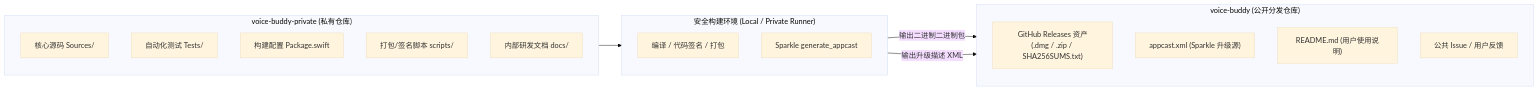
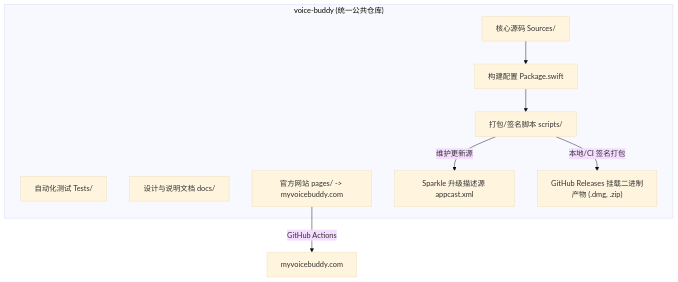
Before and after one commit to zfdang/voice-buddy: the diagram in docs/repository-governance.md, drawn with Mermaid (base theme). The commit also changed other lines of this file and 23 other files, not shown here.

Commit message:
feat(repo): integrate public repo content, landing pages, appcast, and public documentation

````diff
--- a/docs/repository-governance.md
+++ b/docs/repository-governance.md
@@ -13,28 +13,19 @@
 ```mermaid
-flowchart LR
-    subgraph PrivateRepo["voice-buddy-private (私有仓库)"]
-        direction TB
+flowchart TD
+    subgraph Repo["voice-buddy (统一公共仓库)"]
         Code["核心源码 Sources/"]
         Tests["自动化测试 Tests/"]
         BuildConf["构建配置 Package.swift"]
         Scripts["打包/签名脚本 scripts/"]
-        DocsDev["内部研发文档 docs/"]
+        Docs["设计与说明文档 docs/"]
+        Pages["官方网站 pages/ -> myvoicebuddy.com"]
+        Appcast["Sparkle 升级描述源 appcast.xml"]
+        Releases["GitHub Releases 挂载二进制产物 (.dmg, .zip)"]
     end
 
-    subgraph CI["安全构建环境 (Local / Private Runner)"]
-        Build["编译 / 代码签名 / 打包"]
-        GenAppcast["Sparkle generate_appcast"]
-    end
-
-    subgraph PublicRepo["voice-buddy (公开分发仓库)"]
-        direction TB
-        Releases["GitHub Releases 资产<br>(.dmg / .zip / SHA256SUMS.txt)"]
-        Appcast["appcast.xml (Sparkle 升级源)"]
-        PublicReadme["README.md (用户使用说明)"]
-        Issues["公共 Issue / 用户反馈"]
-    end
-
-    PrivateRepo --> CI
-    CI -->|输出二进制二进制包| Releases
-    CI -->|输出升级描述 XML| Appcast
+    Code --> BuildConf
+    BuildConf --> Scripts
+    Scripts -->|本地/CI 签名打包| Releases
+    Scripts -->|维护更新源| Appcast
+    Pages -->|GitHub Actions| WebSite["myvoicebuddy.com"]
 ```
````
